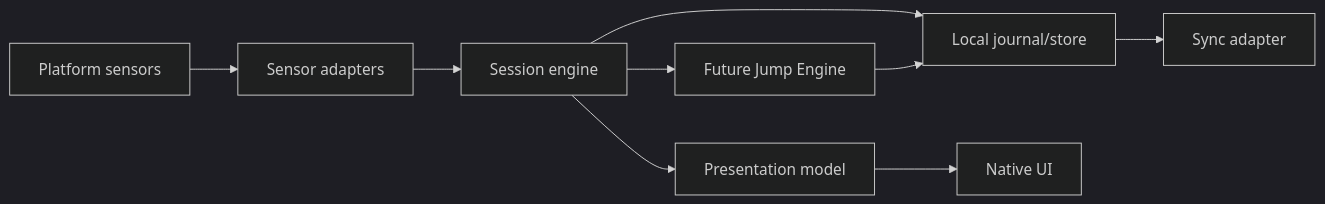
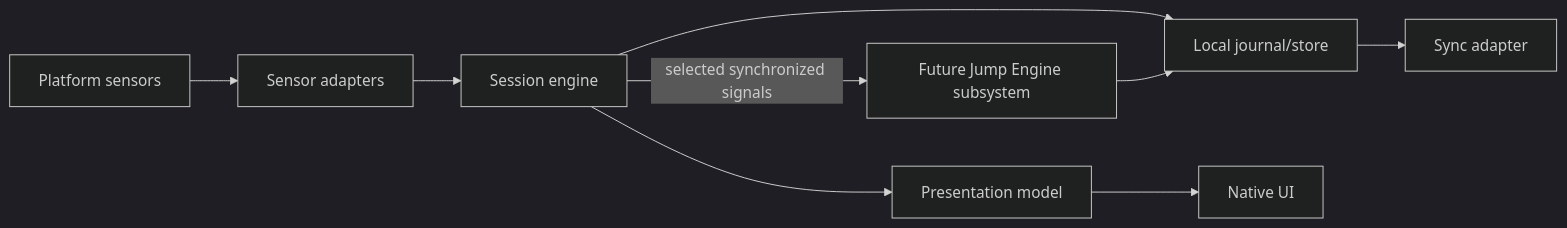
The second of 2 diagrams in docs/ARCHITECTURE.md (WindWisher/WindWisherWatch), drawn with Mermaid (dark theme) before and after one commit. The commit also changed other lines of this file and 95 other files, not shown here.

````diff
--- a/docs/ARCHITECTURE.md
+++ b/docs/ARCHITECTURE.md
@@ -17,11 +17,11 @@
 ```mermaid
 flowchart LR
   PS[Platform sensors] --> SA[Sensor adapters]
   SA --> SE[Session engine]
-  SE --> JE[Future Jump Engine]
+  SE -->|selected synchronized signals| JE[Future Jump Engine subsystem]
   SE --> LS[Local journal/store]
   JE --> LS
   SE --> VM[Presentation model]
   VM --> UI[Native UI]
   LS --> SY[Sync adapter]
 ```
````
